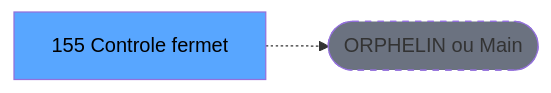
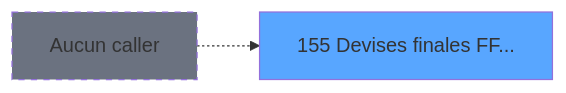
Before and after one commit to thonyAGP/magic-migration: the second of 3 diagrams in .openspec/specs/ADH-IDE-155.md, drawn with Mermaid. The commit also changed other lines of this file and 311 other files, not shown here.

````diff
--- a/.openspec/specs/ADH-IDE-155.md
+++ b/.openspec/specs/ADH-IDE-155.md
@@ -141,8 +151,8 @@
 ```mermaid
 graph LR
-    T[155 Controle fermet]
-    ORPHAN([ORPHELIN ou Main])
-    T -.-> ORPHAN
-    style T fill:#58a6ff,color:#000
-    style ORPHAN fill:#6b7280,stroke-dasharray: 5 5
+    T155[155 Devises finales FF...]
+    style T155 fill:#58a6ff
+    NONE[Aucun caller]
+    NONE -.-> T155
+    style NONE fill:#6b7280,stroke-dasharray: 5 5
 ```
````
